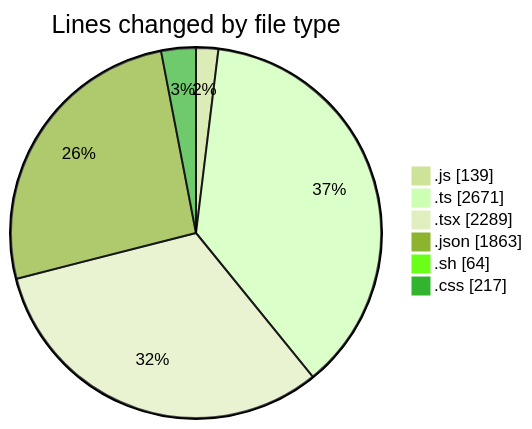
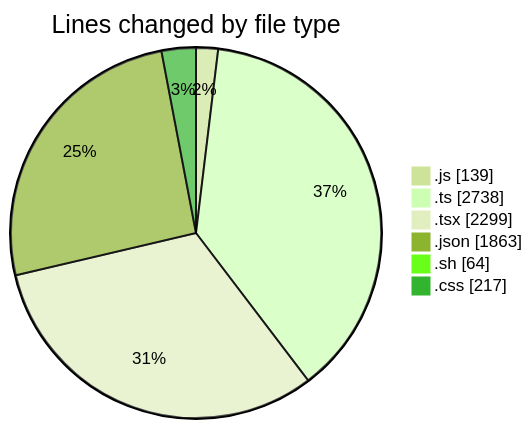
The first of 2 diagrams in 2025-07-14/ribbon/README.md (EIIisD/code-tracking), drawn with Mermaid (forest theme) before and after one commit. The commit also changed other lines of this file and 1 other file, not shown here.

````diff
--- a/2025-07-14/ribbon/README.md
+++ b/2025-07-14/ribbon/README.md
@@ -52,10 +52,10 @@
 ```mermaid
 pie showData
 title Lines changed by file type
 ".js" : 139
-".ts" : 2671
-".tsx" : 2289
+".ts" : 2738
+".tsx" : 2299
 ".json" : 1863
 ".sh" : 64
 ".css" : 217
 ```
````
